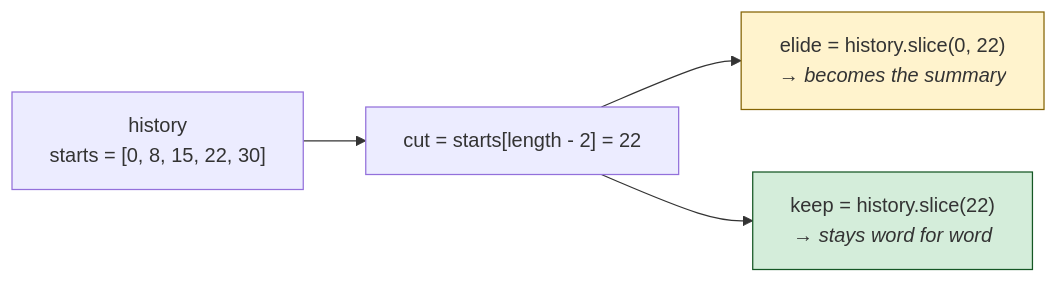
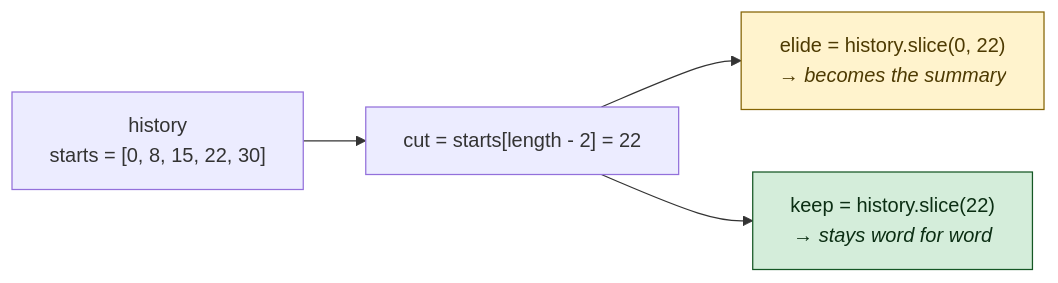
The fourth of 6 diagrams in learning/day-3/03-where-to-cut.md (bairoy/KRIMICODE), drawn with Mermaid before and after one commit. The commit also changed other lines of this file and 7 other files, not shown here.

Commit message:
improved the mermaid diagram rendering

````diff
--- a/learning/day-3/03-where-to-cut.md
+++ b/learning/day-3/03-where-to-cut.md
@@ -266,9 +266,9 @@
 ```mermaid
 flowchart LR
     H["history<br/>starts = [0, 8, 15, 22, 30]"] --> CUT["cut = starts[length - 2] = 22"]
     CUT --> E["elide = history.slice(0, 22)<br/><i>→ becomes the summary</i>"]
     CUT --> K["keep = history.slice(22)<br/><i>→ stays word for word</i>"]
 
-    style E fill:#fff3cd,stroke:#856404
-    style K fill:#d4edda,stroke:#155724
+    style E fill:#fff3cd,stroke:#856404,color:#4d3a02
+    style K fill:#d4edda,stroke:#155724,color:#0b2e13
 ```
````
